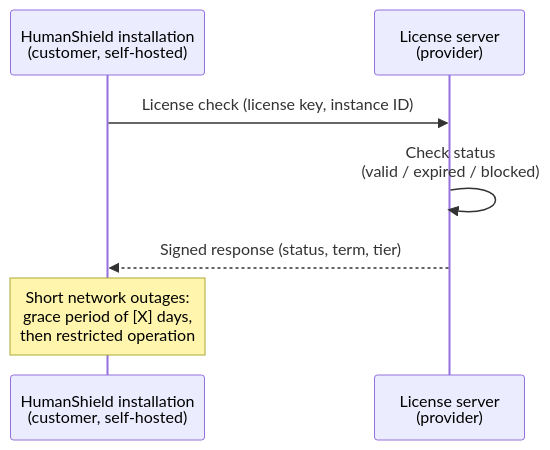
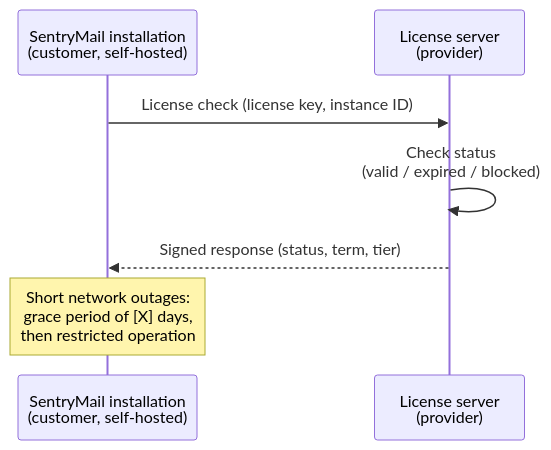
One commit to HumanShield-Awareness/humanshield-awareness.de changed the second of 2 diagrams in src/content/seiten/en/agb.md. Above: the diagram before and after it, drawn with Mermaid. The commit also changed other lines of this file and 45 other files, not shown here.

First line of the commit message:
Rebranding: HumanShield Awareness → SentryMail

````diff
--- a/src/content/seiten/en/agb.md
+++ b/src/content/seiten/en/agb.md
@@ -160,10 +160,10 @@
 ```mermaid
 sequenceDiagram
-    participant HS as HumanShield installation<br/>(customer, self-hosted)
+    participant HS as SentryMail installation<br/>(customer, self-hosted)
     participant LS as License server<br/>(provider)
 
     HS->>LS: License check (license key, instance ID)
     LS->>LS: Check status<br/>(valid / expired / blocked)
     LS-->>HS: Signed response (status, term, tier)
     Note over HS: Short network outages:<br/>grace period of [X] days,<br/>then restricted operation
 ```
````
